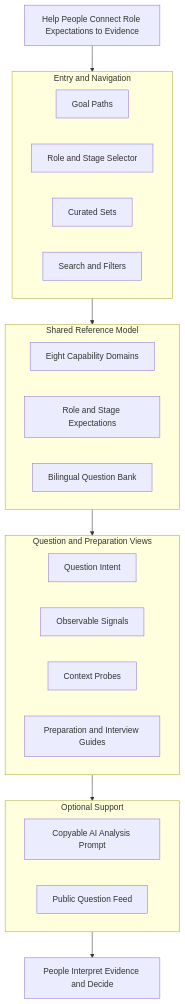
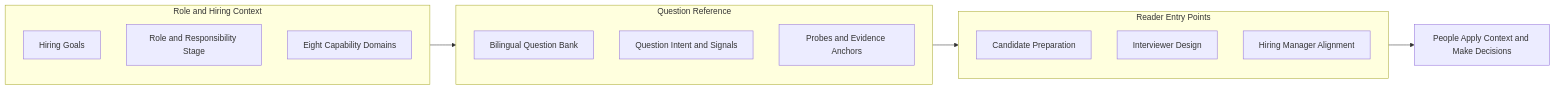
One commit to Liyuk/liyuk.github.io changed the second of 2 diagrams in src/content/projects/2026/10/interview-compass/zh.md. Above: the diagram before and after it, drawn with Mermaid. The commit also changed other lines of this file and 1 other file, not shown here.

Commit message:
content: refine Interview Compass positioning

````diff
--- a/src/content/projects/2026/10/interview-compass/zh.md
+++ b/src/content/projects/2026/10/interview-compass/zh.md
@@ -75,30 +89,24 @@
 ```mermaid
-flowchart TB
-    G[Help People Connect Role Expectations to Evidence]
-    subgraph Entry[Entry and Navigation]
-        E1[Goal Paths]
-        E2[Role and Stage Selector]
-        E3[Curated Sets]
-        E4[Search and Filters]
+flowchart LR
+    subgraph Inputs[Role and Hiring Context]
+        direction TB
+        I1[Hiring Goals]
+        I2[Role and Responsibility Stage]
+        I3[Eight Capability Domains]
     end
-    subgraph Model[Shared Reference Model]
-        M1[Eight Capability Domains]
-        M2[Role and Stage Expectations]
-        M3[Bilingual Question Bank]
+    subgraph Library[Question Reference]
+        direction TB
+        Q1[Bilingual Question Bank]
+        Q2[Question Intent and Signals]
+        Q3[Probes and Evidence Anchors]
     end
-    subgraph Use[Question and Preparation Views]
-        U1[Question Intent]
-        U2[Observable Signals]
-        U3[Context Probes]
-        U4[Preparation and Interview Guides]
+    subgraph Entry[Reader Entry Points]
+        direction TB
+        E1[Candidate Preparation]
+        E2[Interviewer Design]
+        E3[Hiring Manager Alignment]
     end
-    subgraph Support[Optional Support]
-        S1[Copyable AI Analysis Prompt]
-        S2[Public Question Feed]
-    end
-    G --> Entry
-    Entry --> Model
-    Model --> Use
-    Use --> Support
-    Support --> O[People Interpret Evidence and Decide]
+    Inputs --> Library
+    Library --> Entry
+    Entry --> O[People Apply Context and Make Decisions]
 ```
````
